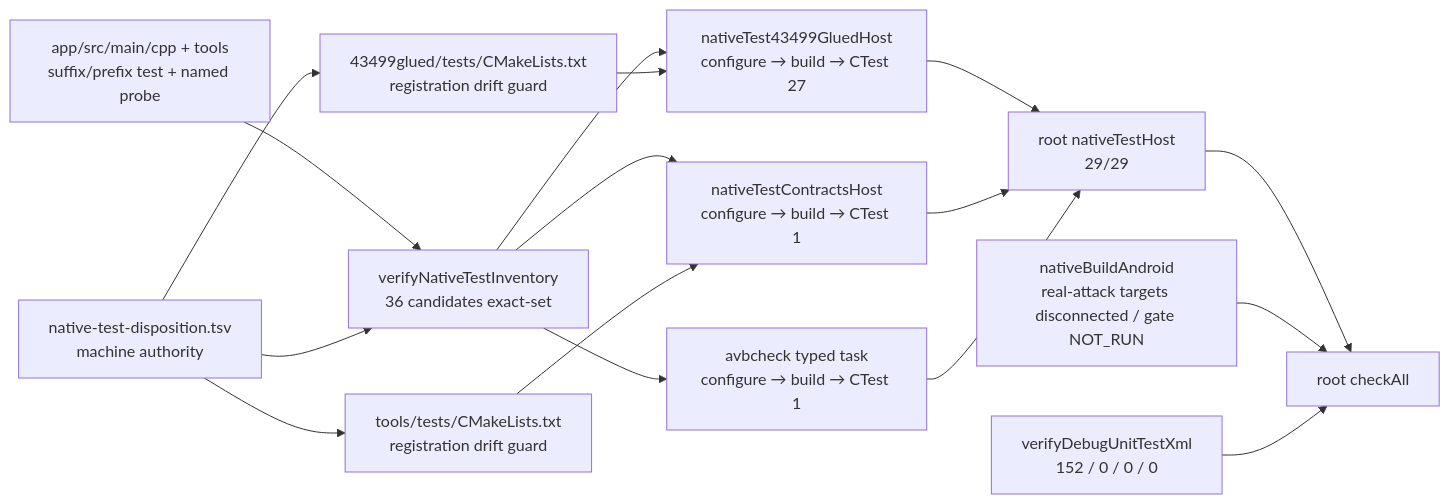
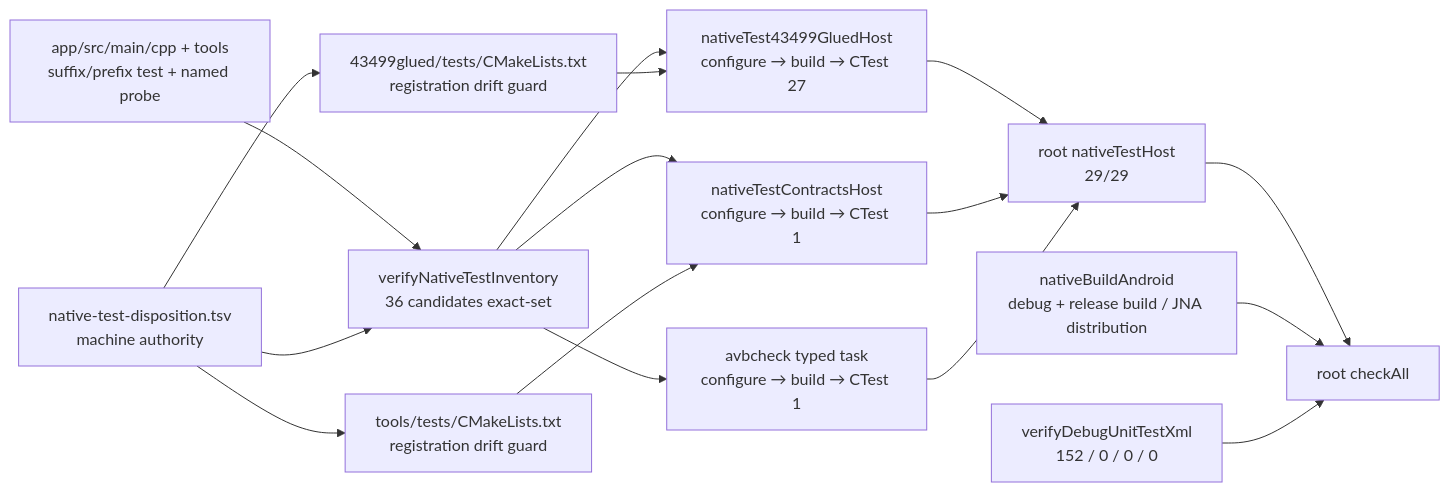
Before and after one commit to YuKongA/ghostlock-app: diagram 33 of 56 in docs/development/full-process-uml.md, drawn with Mermaid. The commit also changed other lines of this file and 100 other files, not shown here.

````diff
--- a/docs/development/full-process-uml.md
+++ b/docs/development/full-process-uml.md
@@ -1107,18 +1106,18 @@
 ```mermaid
 flowchart LR
   SOURCE["app/src/main/cpp + tools<br/>suffix/prefix test + named probe"] --> INVENTORY["verifyNativeTestInventory<br/>36 candidates exact-set"]
   TSV["native-test-disposition.tsv<br/>machine authority"] --> INVENTORY
   TSV --> C43499["43499glued/tests/CMakeLists.txt<br/>registration drift guard"]
   TSV --> CCONTRACT["tools/tests/CMakeLists.txt<br/>registration drift guard"]
   INVENTORY --> T43499["nativeTest43499GluedHost<br/>configure → build → CTest 27"]
   C43499 --> T43499
   INVENTORY --> TCONTRACT["nativeTestContractsHost<br/>configure → build → CTest 1"]
   CCONTRACT --> TCONTRACT
   INVENTORY --> TAVB["avbcheck typed task<br/>configure → build → CTest 1"]
   T43499 --> HOST_GATE["root nativeTestHost<br/>29/29"]
   TCONTRACT --> HOST_GATE
   TAVB --> HOST_GATE
   HOST_GATE --> CHECK_ALL["root checkAll"]
-  ANDROID_GATE["nativeBuildAndroid<br/>real-attack targets disconnected / gate NOT_RUN"] --> CHECK_ALL
+  ANDROID_GATE["nativeBuildAndroid<br/>debug + release build / JNA distribution"] --> CHECK_ALL
   XML["verifyDebugUnitTestXml<br/>152 / 0 / 0 / 0"] --> CHECK_ALL
 ```
````
